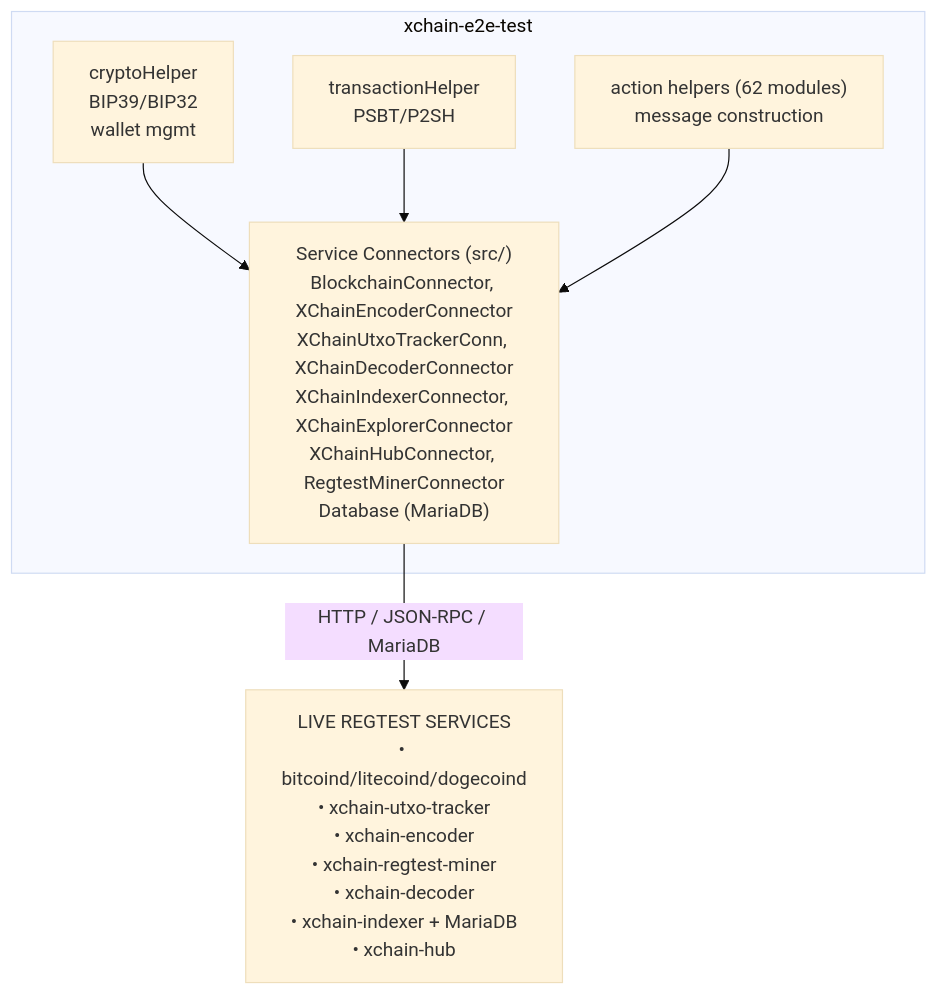
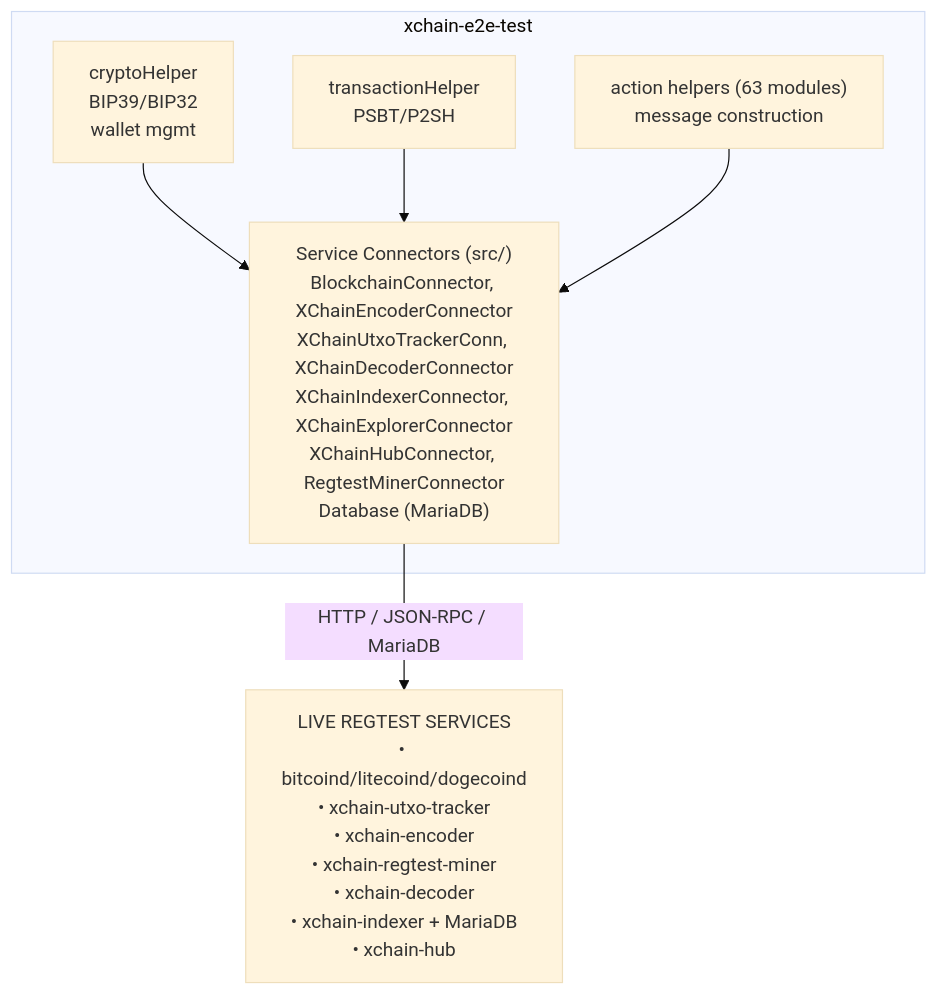
The second of 2 diagrams in components/e2e-test/README.md (XChain-Platform/xchain-documentation), drawn with Mermaid (base theme) before and after one commit. The commit also changed 2 other files, not shown here.

Commit message:
Guard e2e helper module counts
Derive the committed helper-module total from the e2e test repository and require both published documentation claims to match it.

````diff
--- a/components/e2e-test/README.md
+++ b/components/e2e-test/README.md
@@ -65,14 +65,14 @@
 ```mermaid
 flowchart TD
     subgraph E2E["xchain-e2e-test"]
         CH["cryptoHelper<br>BIP39/BIP32<br>wallet mgmt"]
         TH["transactionHelper<br>PSBT/P2SH"]
-        AH["action helpers (62 modules)<br>message construction"]
+        AH["action helpers (63 modules)<br>message construction"]
         SC["Service Connectors (src/)<br>BlockchainConnector, XChainEncoderConnector<br>XChainUtxoTrackerConn, XChainDecoderConnector<br>XChainIndexerConnector, XChainExplorerConnector<br>XChainHubConnector, RegtestMinerConnector<br>Database (MariaDB)"]
         CH --> SC
         TH --> SC
         AH --> SC
     end
     SVC["LIVE REGTEST SERVICES<br>• bitcoind/litecoind/dogecoind<br>• xchain-utxo-tracker<br>• xchain-encoder<br>• xchain-regtest-miner<br>• xchain-decoder<br>• xchain-indexer + MariaDB<br>• xchain-hub"]
     SC -->|HTTP / JSON-RPC / MariaDB| SVC
 ```
````
